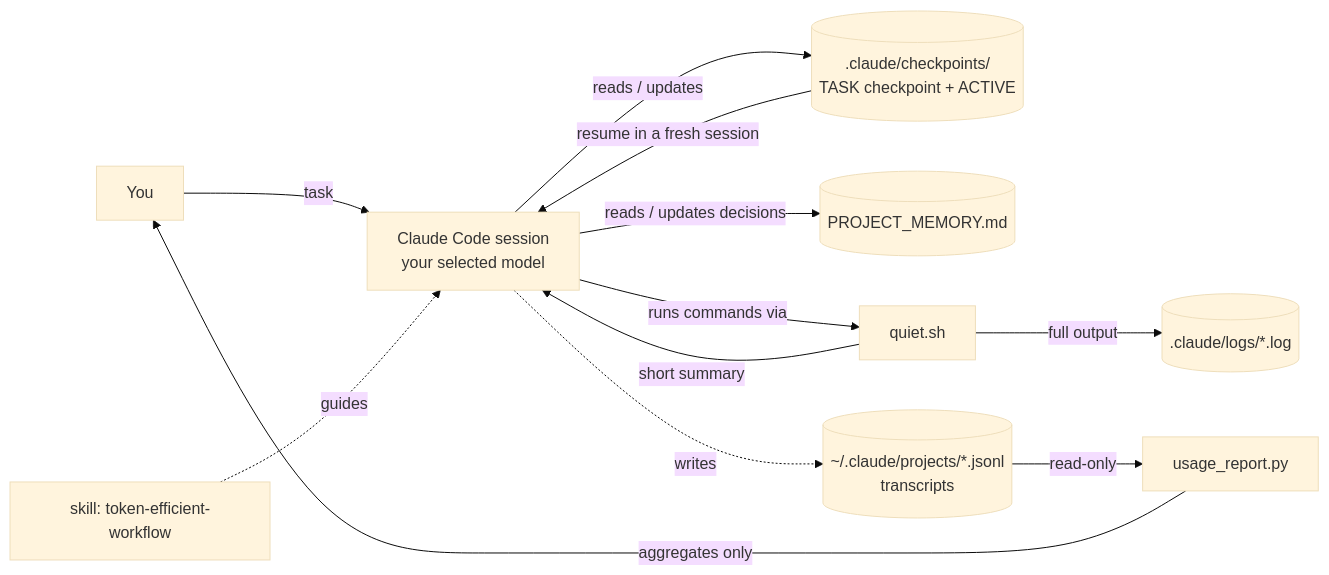
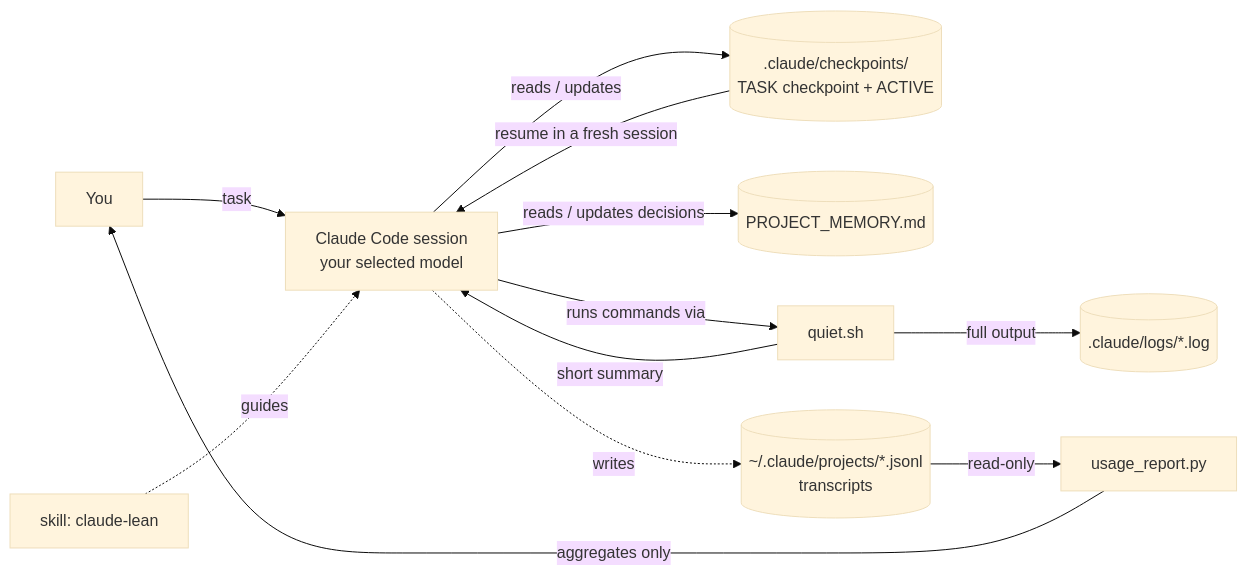
Before and after one commit to zieism/claude-lean: the diagram in README.md, drawn with Mermaid (base theme). The commit also changed other lines of this file and 10 other files, not shown here.

First line of the commit message:
Claude Lean v0.1.2: primary skill renamed to claude-lean (/claude-lean); token-efficient-workflow kept as deprecated alias

````diff
--- a/README.md
+++ b/README.md
@@ -45,14 +45,14 @@
 ```mermaid
 flowchart LR
   U[You] -->|task| CC[Claude Code session<br/>your selected model]
-  SK[skill: token-efficient-workflow] -. guides .-> CC
+  SK[skill: claude-lean] -. guides .-> CC
   CC -->|reads / updates| CP[(.claude/checkpoints/<br/>TASK checkpoint + ACTIVE)]
   CC -->|reads / updates decisions| PM[(PROJECT_MEMORY.md)]
   CC -->|runs commands via| Q[quiet.sh]
   Q -->|full output| L[(.claude/logs/*.log)]
   Q -->|short summary| CC
   CC -.->|writes| T[(~/.claude/projects/*.jsonl<br/>transcripts)]
   T -->|read-only| R[usage_report.py]
   R -->|aggregates only| U
   CP -->|resume in a fresh session| CC
 ```
````
